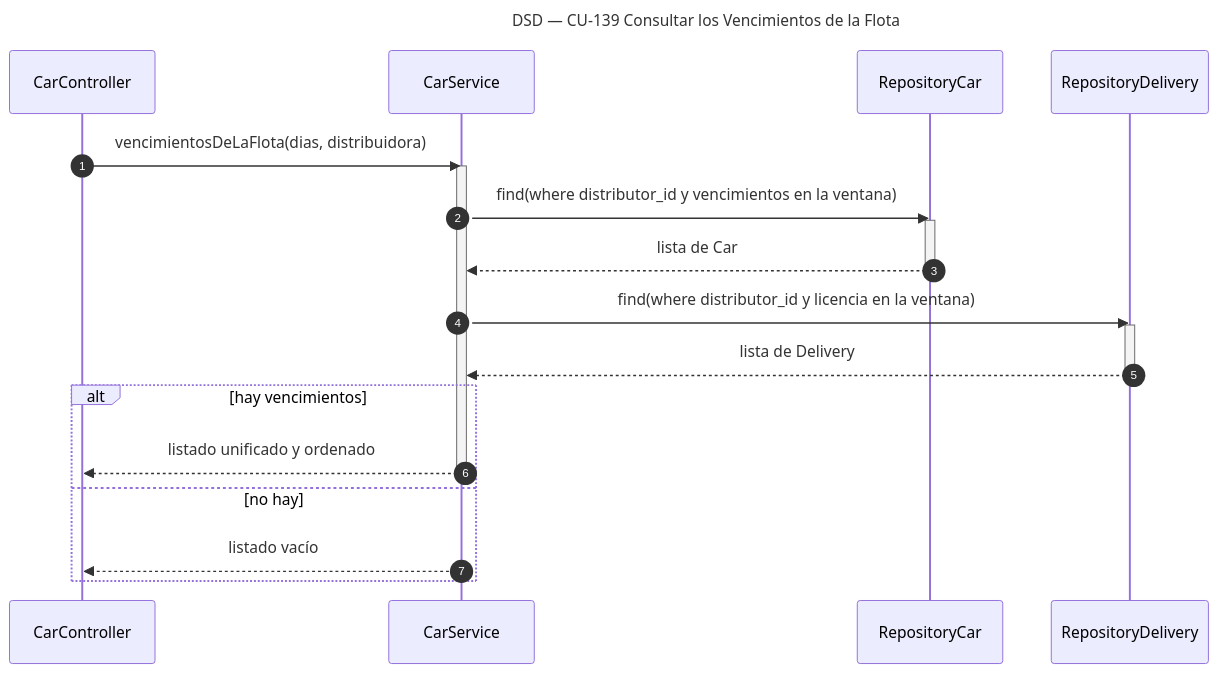
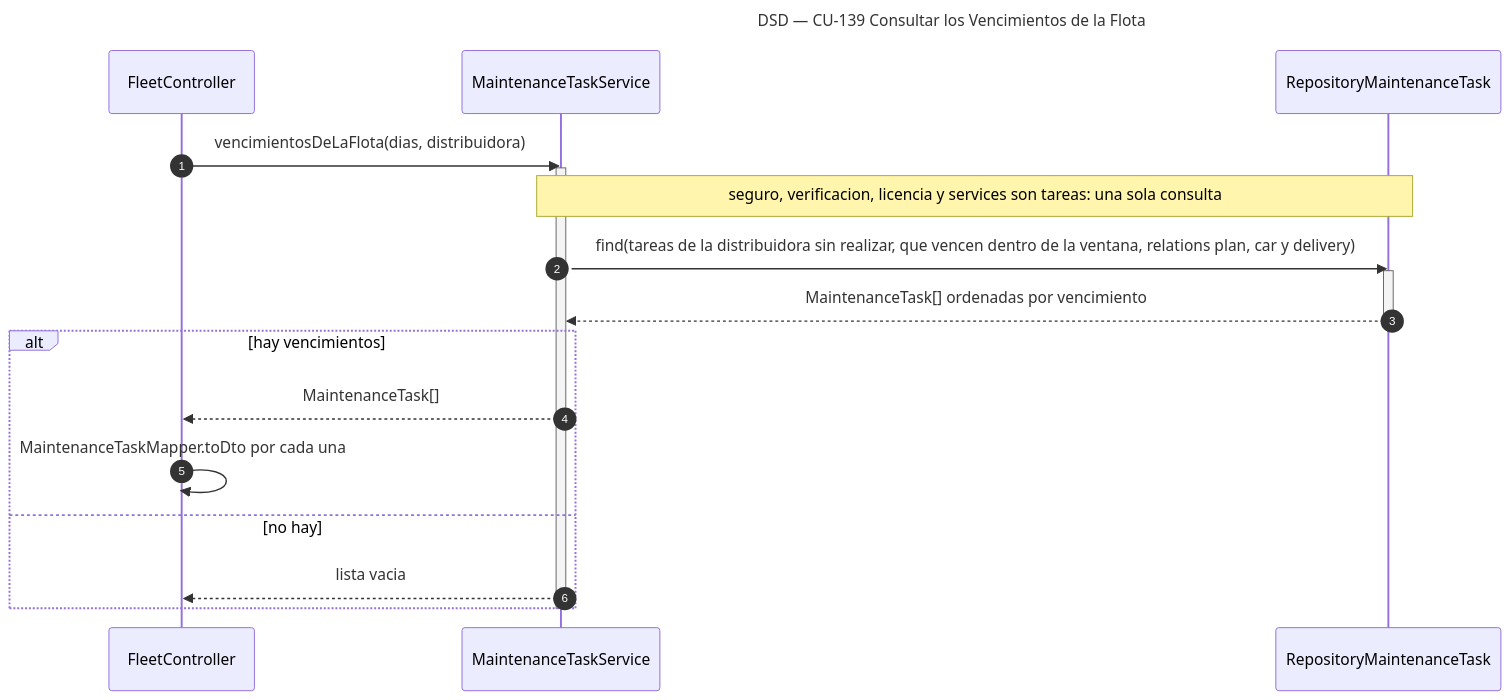
One commit to Nahuelito-Dev/splg-docs changed the diagram in diagramas/DSD_CU-139_Consultar-los-Vencimientos-de-la-Flota.mmd. Above: the diagram before and after it, drawn with Mermaid. The commit also changed 19 other files, not shown here.

First line of the commit message:
docs(flota): los DSD de CU-136 a CU-142 y el diagrama de clases con el modelo nuevo

```diff
--- a/diagramas/DSD_CU-139_Consultar-los-Vencimientos-de-la-Flota.mmd
+++ b/diagramas/DSD_CU-139_Consultar-los-Vencimientos-de-la-Flota.mmd
@@ -1,24 +1,21 @@
 sequenceDiagram
     title DSD — CU-139 Consultar los Vencimientos de la Flota
     autonumber
-    participant CTRL as CarController
-    participant SRV as CarService
-    participant VREP as RepositoryCar
-    participant DREP as RepositoryDelivery
+    participant CTRL as FleetController
+    participant SRV as MaintenanceTaskService
+    participant TREP as RepositoryMaintenanceTask
 
     CTRL->>SRV: vencimientosDeLaFlota(dias, distribuidora)
     activate SRV
-    SRV->>VREP: find(where distributor_id y vencimientos en la ventana)
-    activate VREP
-    VREP-->>SRV: lista de Car
-    deactivate VREP
-    SRV->>DREP: find(where distributor_id y licencia en la ventana)
-    activate DREP
-    DREP-->>SRV: lista de Delivery
-    deactivate DREP
+    Note over SRV,TREP: seguro, verificacion, licencia y services son tareas: una sola consulta
+    SRV->>TREP: find(tareas de la distribuidora sin realizar, que vencen dentro de la ventana, relations plan, car y delivery)
+    activate TREP
+    TREP-->>SRV: MaintenanceTask[] ordenadas por vencimiento
+    deactivate TREP
     alt hay vencimientos
-        SRV-->>CTRL: listado unificado y ordenado
-        deactivate SRV
+        SRV-->>CTRL: MaintenanceTask[]
+        CTRL->>CTRL: MaintenanceTaskMapper.toDto por cada una
     else no hay
-        SRV-->>CTRL: listado vacío
+        SRV-->>CTRL: lista vacia
     end
+    deactivate SRV
```
